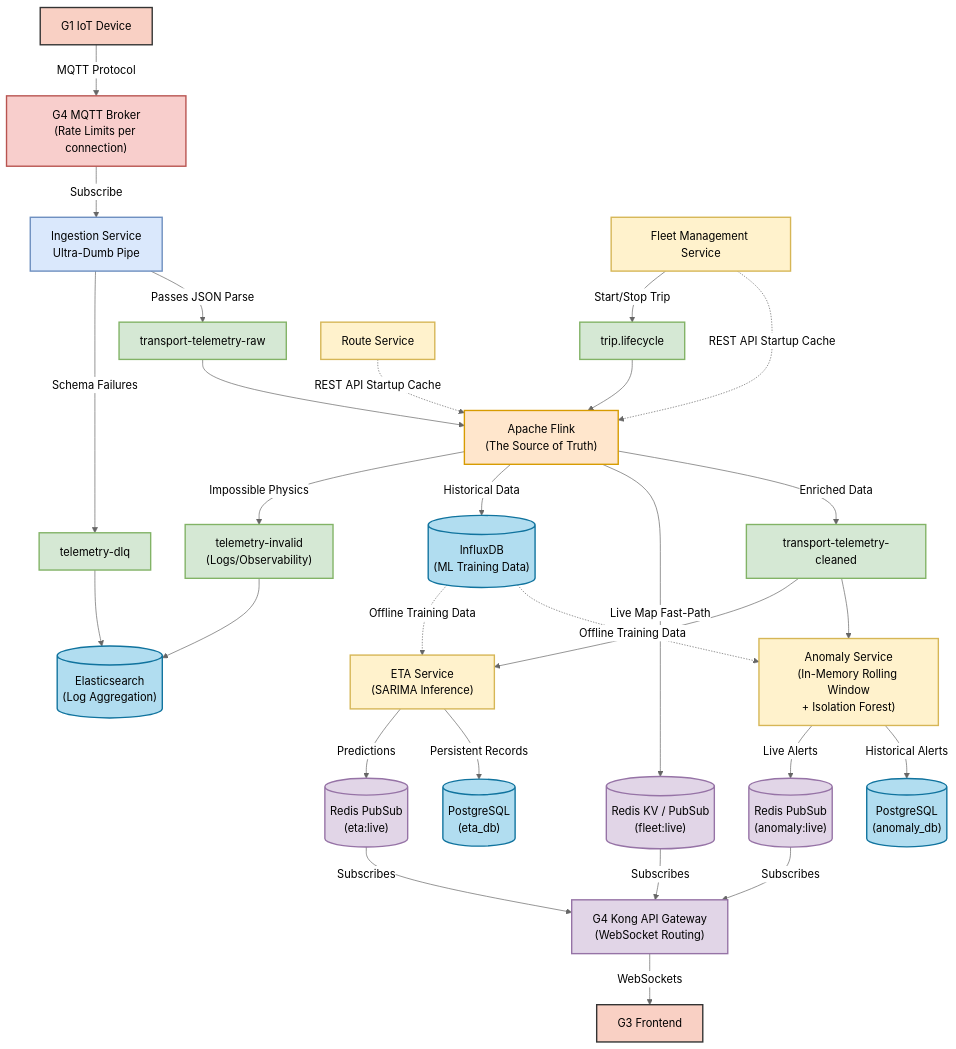
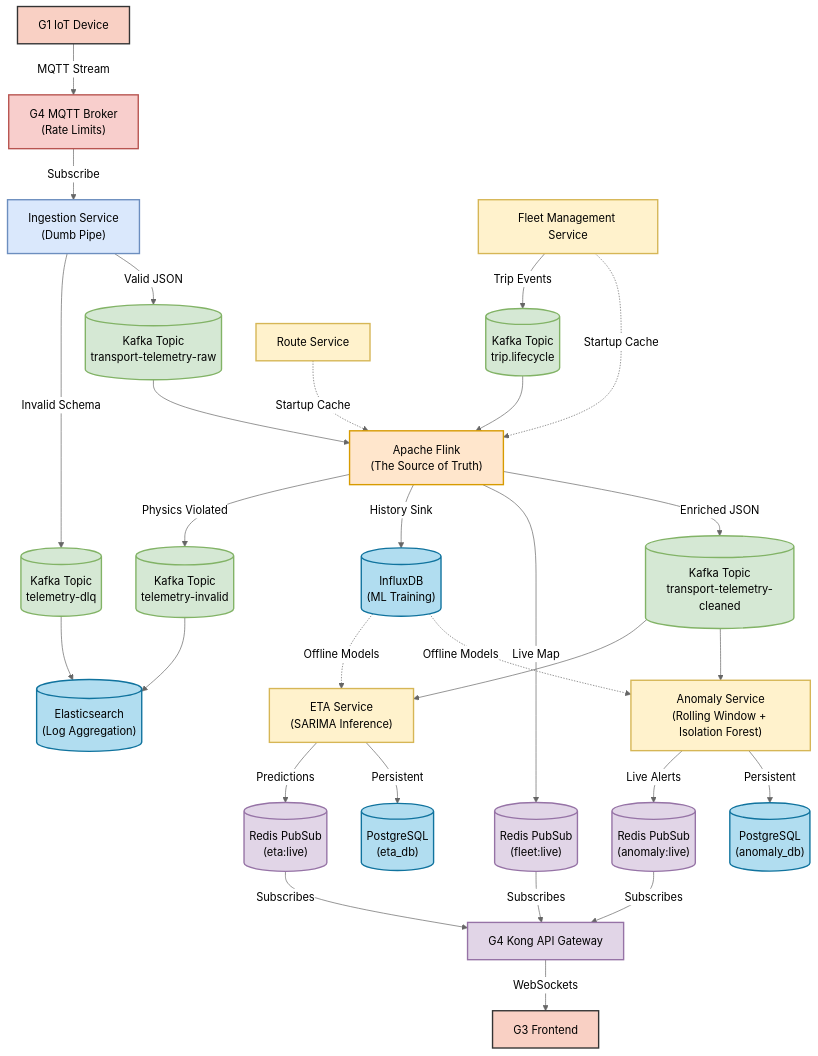
The diagram in docs/CR_1.md (OnTime-SE-G/ontime-g2), drawn with Mermaid (neutral theme) before and after one commit.

Commit message:
docs: Cr1 updated

````diff
--- a/docs/CR_1.md
+++ b/docs/CR_1.md
@@ -18,52 +18,52 @@
 ```mermaid
 graph TD
     classDef g1 fill:#f9d0c4,stroke:#333,stroke-width:2px;
     classDef mqtt fill:#f8cecc,stroke:#b85450,stroke-width:2px;
     classDef ingest fill:#dae8fc,stroke:#6c8ebf,stroke-width:2px;
     classDef kafka fill:#d5e8d4,stroke:#82b366,stroke-width:2px;
     classDef flink fill:#ffe6cc,stroke:#d79b00,stroke-width:2px;
     classDef redis fill:#e1d5e7,stroke:#9673a6,stroke-width:2px;
     classDef service fill:#fff2cc,stroke:#d6b656,stroke-width:2px;
     classDef ws fill:#e1d5e7,stroke:#9673a6,stroke-width:2px;
     classDef db fill:#b1ddf0,stroke:#10739e,stroke-width:2px;
 
-    G1["G1 IoT Device"]:::g1 -->|MQTT Protocol| Broker["G4 MQTT Broker<br>(Rate Limits per connection)"]:::mqtt
+    G1["G1 IoT Device"]:::g1 -->|MQTT Stream| Broker["G4 MQTT Broker<br>(Rate Limits)"]:::mqtt
     
-    Broker -->|Subscribe| Ingest["Ingestion Service<br>Ultra-Dumb Pipe"]:::ingest
-    Ingest -->|Schema Failures| DLQ["telemetry-dlq"]:::kafka
-    Ingest -->|Passes JSON Parse| Raw["transport-telemetry-raw"]:::kafka
+    Broker -->|Subscribe| Ingest["Ingestion Service<br>(Dumb Pipe)"]:::ingest
+    Ingest -->|Invalid Schema| DLQ[("Kafka Topic<br>telemetry-dlq")]:::kafka
+    Ingest -->|Valid JSON| Raw[("Kafka Topic<br>transport-telemetry-raw")]:::kafka
     
-    FleetService["Fleet Management Service"]:::service -->|Start/Stop Trip| Lifecycle["trip.lifecycle"]:::kafka
-    RouteService["Route Service"]:::service -.->|REST API Startup Cache| Flink
-    FleetService -.->|REST API Startup Cache| Flink
+    FleetService["Fleet Management Service"]:::service -->|Trip Events| Lifecycle[("Kafka Topic<br>trip.lifecycle")]:::kafka
+    RouteService["Route Service"]:::service -.->|Startup Cache| Flink
+    FleetService -.->|Startup Cache| Flink
     
     Raw --> Flink["Apache Flink<br>(The Source of Truth)"]:::flink
     Lifecycle --> Flink
     
-    Flink -->|Impossible Physics| Invalid["telemetry-invalid<br>(Logs/Observability)"]:::kafka
-    Flink -->|Historical Data| InfluxDB[("InfluxDB<br>(ML Training Data)")]:::db
-    Flink -->|Live Map Fast-Path| RedisLive[("Redis KV / PubSub<br>(fleet:live)")]:::redis
-    Flink -->|Enriched Data| Cleaned["transport-telemetry-cleaned"]:::kafka
+    Flink -->|Physics Violated| Invalid[("Kafka Topic<br>telemetry-invalid")]:::kafka
+    Flink -->|History Sink| InfluxDB[("InfluxDB<br>(ML Training)")]:::db
+    Flink -->|Live Map| RedisLive[("Redis PubSub<br>(fleet:live)")]:::redis
+    Flink -->|Enriched JSON| Cleaned[("Kafka Topic<br>transport-telemetry-cleaned")]:::kafka
     
     Cleaned --> ETA["ETA Service<br>(SARIMA Inference)"]:::service
-    Cleaned --> Anomaly["Anomaly Service<br>(In-Memory Rolling Window<br>+ Isolation Forest)"]:::service
+    Cleaned --> Anomaly["Anomaly Service<br>(Rolling Window + Isolation Forest)"]:::service
     
-    InfluxDB -.->|Offline Training Data| ETA
-    InfluxDB -.->|Offline Training Data| Anomaly
+    InfluxDB -.->|Offline Models| ETA
+    InfluxDB -.->|Offline Models| Anomaly
     
     DLQ --> Elastic[("Elasticsearch<br>(Log Aggregation)")]:::db
     Invalid --> Elastic
     
     ETA -->|Predictions| RedisETA[("Redis PubSub<br>(eta:live)")]:::redis
-    ETA -->|Persistent Records| ETADb[("PostgreSQL<br>(eta_db)")]:::db
+    ETA -->|Persistent| ETADb[("PostgreSQL<br>(eta_db)")]:::db
     
     Anomaly -->|Live Alerts| RedisAnomaly[("Redis PubSub<br>(anomaly:live)")]:::redis
-    Anomaly -->|Historical Alerts| AnomalyDb[("PostgreSQL<br>(anomaly_db)")]:::db
+    Anomaly -->|Persistent| AnomalyDb[("PostgreSQL<br>(anomaly_db)")]:::db
     
-    %% Direct to Kong API Gateway Bypass
-    RedisLive -->|Subscribes| Kong["G4 Kong API Gateway<br>(WebSocket Routing)"]:::ws
+    %% Kong API Gateway Bypass
+    RedisLive -->|Subscribes| Kong["G4 Kong API Gateway"]:::ws
     RedisETA -->|Subscribes| Kong
     RedisAnomaly -->|Subscribes| Kong
     
     Kong -->|WebSockets| Dashboard["G3 Frontend"]:::g1
 ```
````
